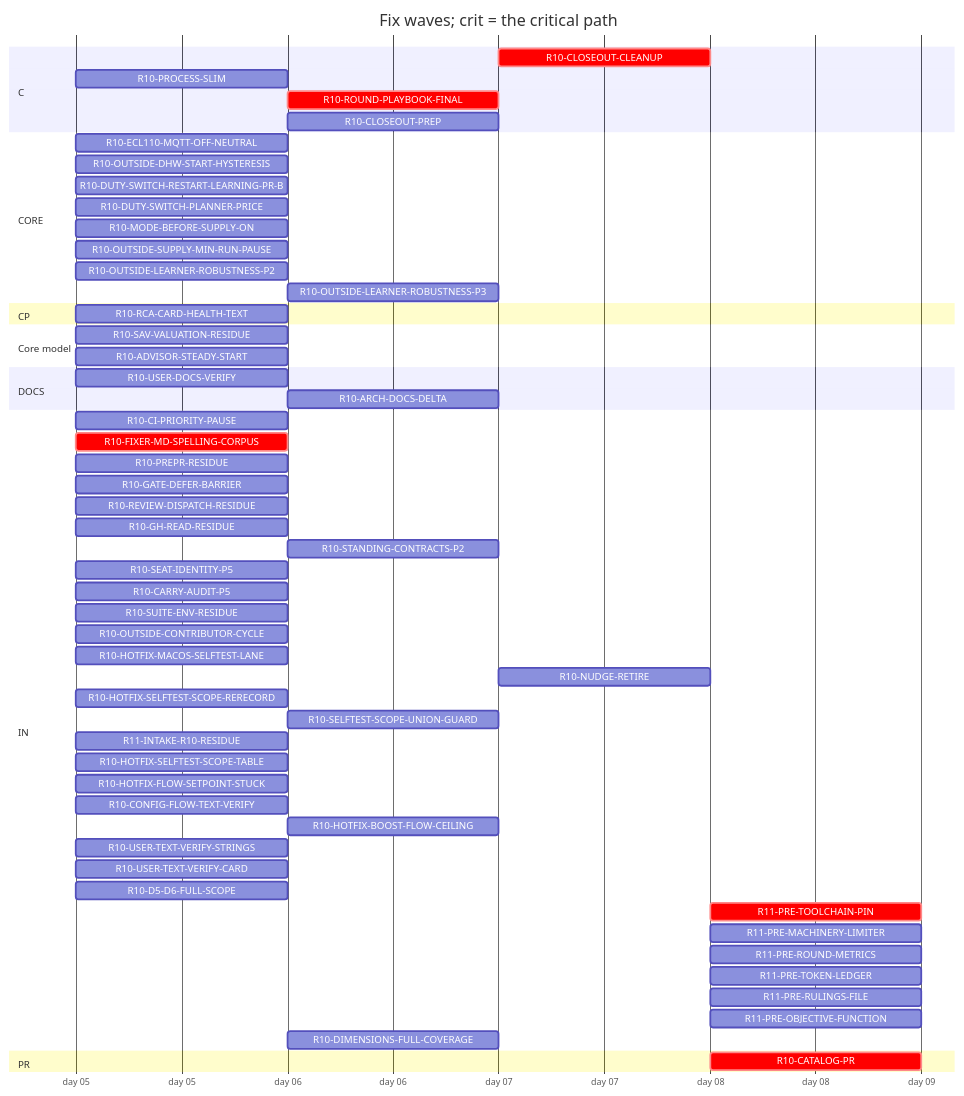
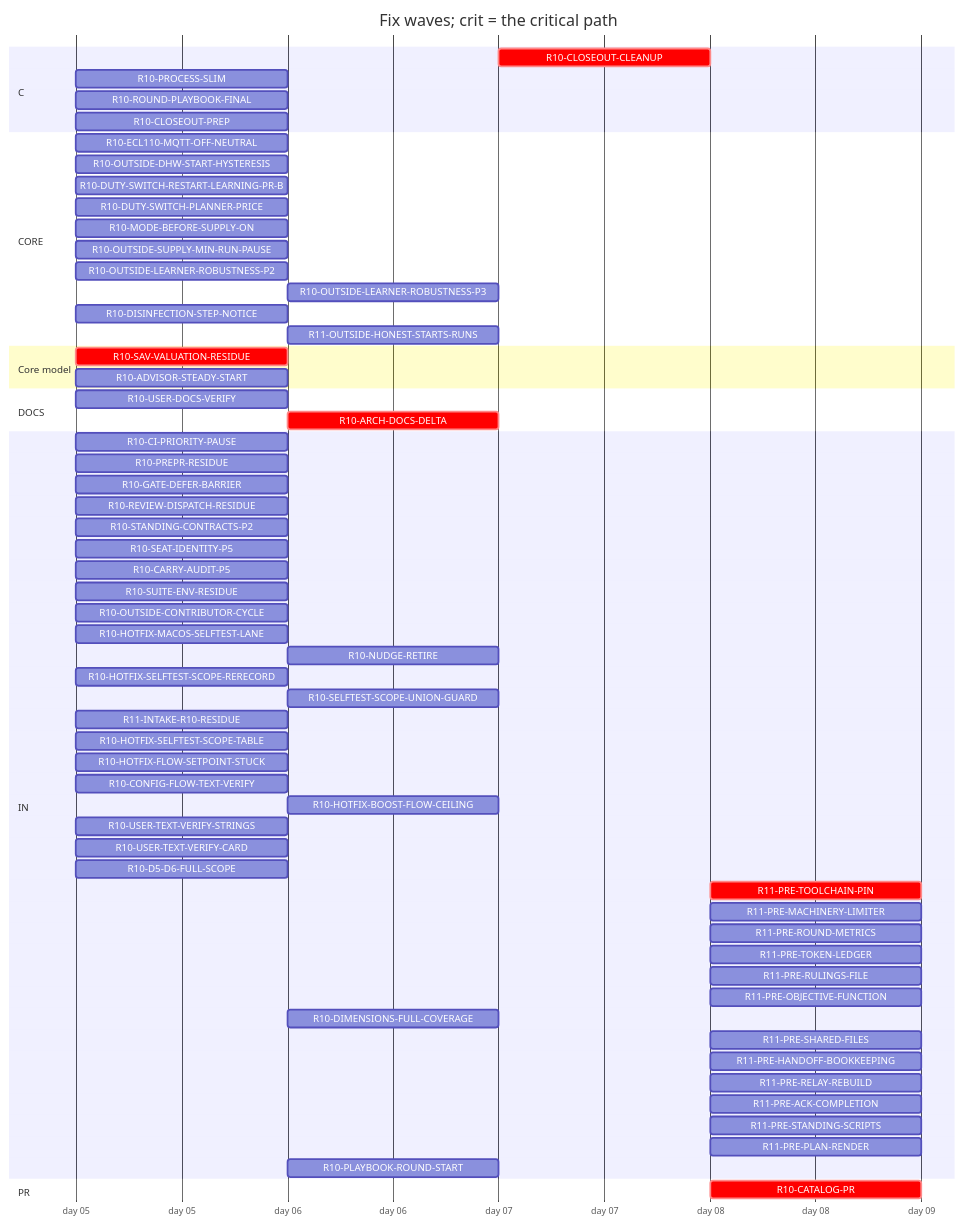
One commit to tvofi/heatpump_optimizer changed the diagram in handoff/round10/state/PLAN-TABLE.md. Above: the diagram before and after it, drawn with Mermaid. The commit also changed other lines of this file and 4 other files, not shown here.

Commit message:
state: FLOW-BOARD.md, NEXT-SESSION-PROMPT.md, PLAN-TABLE.md, PLAN.html, RESUME-CURRENT.md regenerated (state_docs.py)

````diff
--- a/handoff/round10/state/PLAN-TABLE.md
+++ b/handoff/round10/state/PLAN-TABLE.md
@@ -20,61 +19,66 @@
 ```mermaid
 gantt
   title Fix waves; crit = the critical path
   dateFormat YYYY-MM-DD
   axisFormat day %d
   section C
-    R10-CLOSEOUT-CLEANUP :crit, r10CLOSEOUTCLEANUP, after r10USERDOCSVERIFY r10ROUNDPLAYBOOKFINAL r10CLOSEOUTPREP r10ARCHDOCSDELTA, 1d
+    R10-CLOSEOUT-CLEANUP :crit, r10CLOSEOUTCLEANUP, after r10USERDOCSVERIFY r10CLOSEOUTPREP r10ARCHDOCSDELTA, 1d
     R10-PROCESS-SLIM :r10PROCESSSLIM, 2026-01-05, 1d
-    R10-ROUND-PLAYBOOK-FINAL :crit, r10ROUNDPLAYBOOKFINAL, after r10FIXERMDSPELLINGCORPUS, 1d
-    R10-CLOSEOUT-PREP :r10CLOSEOUTPREP, after r10FIXERMDSPELLINGCORPUS, 1d
+    R10-ROUND-PLAYBOOK-FINAL :r10ROUNDPLAYBOOKFINAL, 2026-01-05, 1d
+    R10-CLOSEOUT-PREP :r10CLOSEOUTPREP, 2026-01-05, 1d
   section CORE
     R10-ECL110-MQTT-OFF-NEUTRAL :r10ECL110MQTTOFFNEUTRAL, 2026-01-05, 1d
     R10-OUTSIDE-DHW-START-HYSTERESIS :r10OUTSIDEDHWSTARTHYSTERESIS, 2026-01-05, 1d
     R10-DUTY-SWITCH-RESTART-LEARNING-PR-B :r10DUTYSWITCHRESTARTLEARNINGPRB, 2026-01-05, 1d
     R10-DUTY-SWITCH-PLANNER-PRICE :r10DUTYSWITCHPLANNERPRICE, 2026-01-05, 1d
     R10-MODE-BEFORE-SUPPLY-ON :r10MODEBEFORESUPPLYON, 2026-01-05, 1d
     R10-OUTSIDE-SUPPLY-MIN-RUN-PAUSE :r10OUTSIDESUPPLYMINRUNPAUSE, 2026-01-05, 1d
     R10-OUTSIDE-LEARNER-ROBUSTNESS-P2 :r10OUTSIDELEARNERROBUSTNESSP2, 2026-01-05, 1d
     R10-OUTSIDE-LEARNER-ROBUSTNESS-P3 :r10OUTSIDELEARNERROBUSTNESSP3, after r10OUTSIDELEARNERROBUSTNESSP2, 1d
-  section CP
-    R10-RCA-CARD-HEALTH-TEXT :r10RCACARDHEALTHTEXT, 2026-01-05, 1d
+    R10-DISINFECTION-STEP-NOTICE :r10DISINFECTIONSTEPNOTICE, 2026-01-05, 1d
+    R11-OUTSIDE-HONEST-STARTS-RUNS :r11OUTSIDEHONESTSTARTSRUNS, after r10DUTYSWITCHPLANNERPRICE r10OUTSIDEDHWSTARTHYSTERESIS r10OUTSIDESUPPLYMINRUNPAUSE r10ADVISORSTEADYSTART, 1d
   section Core model
-    R10-SAV-VALUATION-RESIDUE :r10SAVVALUATIONRESIDUE, 2026-01-05, 1d
+    R10-SAV-VALUATION-RESIDUE :crit, r10SAVVALUATIONRESIDUE, 2026-01-05, 1d
     R10-ADVISOR-STEADY-START :r10ADVISORSTEADYSTART, 2026-01-05, 1d
   section DOCS
     R10-USER-DOCS-VERIFY :r10USERDOCSVERIFY, 2026-01-05, 1d
-    R10-ARCH-DOCS-DELTA :r10ARCHDOCSDELTA, after r10SAVVALUATIONRESIDUE r10ADVISORSTEADYSTART r10PROCESSSLIM, 1d
+    R10-ARCH-DOCS-DELTA :crit, r10ARCHDOCSDELTA, after r10SAVVALUATIONRESIDUE r10ADVISORSTEADYSTART, 1d
   section IN
     R10-CI-PRIORITY-PAUSE :r10CIPRIORITYPAUSE, 2026-01-05, 1d
-    R10-FIXER-MD-SPELLING-CORPUS :crit, r10FIXERMDSPELLINGCORPUS, 2026-01-05, 1d
     R10-PREPR-RESIDUE :r10PREPRRESIDUE, 2026-01-05, 1d
     R10-GATE-DEFER-BARRIER :r10GATEDEFERBARRIER, 2026-01-05, 1d
     R10-REVIEW-DISPATCH-RESIDUE :r10REVIEWDISPATCHRESIDUE, 2026-01-05, 1d
-    R10-GH-READ-RESIDUE :r10GHREADRESIDUE, 2026-01-05, 1d
-    R10-STANDING-CONTRACTS-P2 :r10STANDINGCONTRACTSP2, after r10FIXERMDSPELLINGCORPUS, 1d
+    R10-STANDING-CONTRACTS-P2 :r10STANDINGCONTRACTSP2, 2026-01-05, 1d
     R10-SEAT-IDENTITY-P5 :r10SEATIDENTITYP5, 2026-01-05, 1d
     R10-CARRY-AUDIT-P5 :r10CARRYAUDITP5, 2026-01-05, 1d
     R10-SUITE-ENV-RESIDUE :r10SUITEENVRESIDUE, 2026-01-05, 1d
     R10-OUTSIDE-CONTRIBUTOR-CYCLE :r10OUTSIDECONTRIBUTORCYCLE, 2026-01-05, 1d
     R10-HOTFIX-MACOS-SELFTEST-LANE :r10HOTFIXMACOSSELFTESTLANE, 2026-01-05, 1d
     R10-NUDGE-RETIRE :r10NUDGERETIRE, after r10ROUNDPLAYBOOKFINAL, 1d
     R10-HOTFIX-SELFTEST-SCOPE-RERECORD :r10HOTFIXSELFTESTSCOPERERECORD, 2026-01-05, 1d
     R10-SELFTEST-SCOPE-UNION-GUARD :r10SELFTESTSCOPEUNIONGUARD, after r10HOTFIXSELFTESTSCOPERERECORD, 1d
     R11-INTAKE-R10-RESIDUE :r11INTAKER10RESIDUE, 2026-01-05, 1d
     R10-HOTFIX-SELFTEST-SCOPE-TABLE :r10HOTFIXSELFTESTSCOPETABLE, 2026-01-05, 1d
     R10-HOTFIX-FLOW-SETPOINT-STUCK :r10HOTFIXFLOWSETPOINTSTUCK, 2026-01-05, 1d
     R10-CONFIG-FLOW-TEXT-VERIFY :r10CONFIGFLOWTEXTVERIFY, 2026-01-05, 1d
     R10-HOTFIX-BOOST-FLOW-CEILING :r10HOTFIXBOOSTFLOWCEILING, after r10HOTFIXFLOWSETPOINTSTUCK, 1d
     R10-USER-TEXT-VERIFY-STRINGS :r10USERTEXTVERIFYSTRINGS, 2026-01-05, 1d
     R10-USER-TEXT-VERIFY-CARD :r10USERTEXTVERIFYCARD, 2026-01-05, 1d
     R10-D5-D6-FULL-SCOPE :r10D5D6FULLSCOPE, 2026-01-05, 1d
     R11-PRE-TOOLCHAIN-PIN :crit, r11PRETOOLCHAINPIN, after r10CATALOGPR, 1d
     R11-PRE-MACHINERY-LIMITER :r11PREMACHINERYLIMITER, after r10CATALOGPR, 1d
     R11-PRE-ROUND-METRICS :r11PREROUNDMETRICS, after r10CATALOGPR, 1d
     R11-PRE-TOKEN-LEDGER :r11PRETOKENLEDGER, after r10CATALOGPR, 1d
     R11-PRE-RULINGS-FILE :r11PRERULINGSFILE, after r10CATALOGPR, 1d
     R11-PRE-OBJECTIVE-FUNCTION :r11PREOBJECTIVEFUNCTION, after r10CATALOGPR, 1d
     R10-DIMENSIONS-FULL-COVERAGE :r10DIMENSIONSFULLCOVERAGE, after r10D5D6FULLSCOPE, 1d
+    R11-PRE-SHARED-FILES :r11PRESHAREDFILES, after r10CATALOGPR, 1d
+    R11-PRE-HANDOFF-BOOKKEEPING :r11PREHANDOFFBOOKKEEPING, after r10CATALOGPR, 1d
+    R11-PRE-RELAY-REBUILD :r11PRERELAYREBUILD, after r10CATALOGPR, 1d
+    R11-PRE-ACK-COMPLETION :r11PREACKCOMPLETION, after r10CATALOGPR, 1d
+    R11-PRE-STANDING-SCRIPTS :r11PRESTANDINGSCRIPTS, after r10CATALOGPR, 1d
+    R11-PRE-PLAN-RENDER :r11PREPLANRENDER, after r10CATALOGPR, 1d
+    R10-PLAYBOOK-ROUND-START :r10PLAYBOOKROUNDSTART, after r10ROUNDPLAYBOOKFINAL, 1d
   section PR
-    R10-CATALOG-PR :crit, r10CATALOGPR, after r10USERDOCSVERIFY r10ROUNDPLAYBOOKFINAL r10CLOSEOUTCLEANUP r10CLOSEOUTPREP r10ARCHDOCSDELTA, 1d
+    R10-CATALOG-PR :crit, r10CATALOGPR, after r10USERDOCSVERIFY r10CLOSEOUTCLEANUP r10CLOSEOUTPREP r10ARCHDOCSDELTA, 1d
 ```
````
